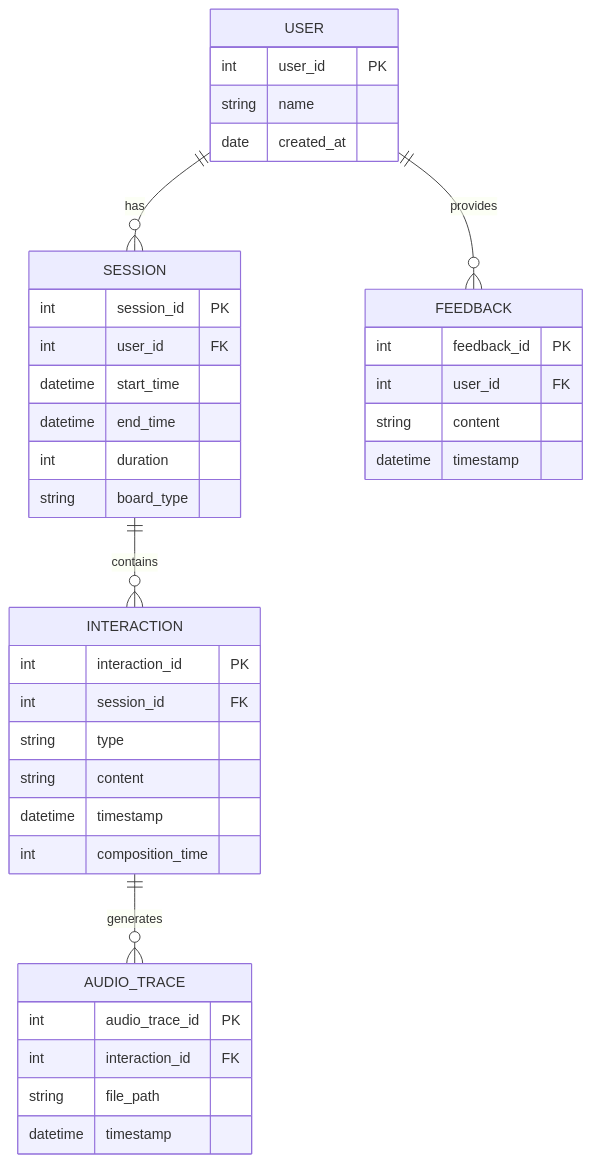
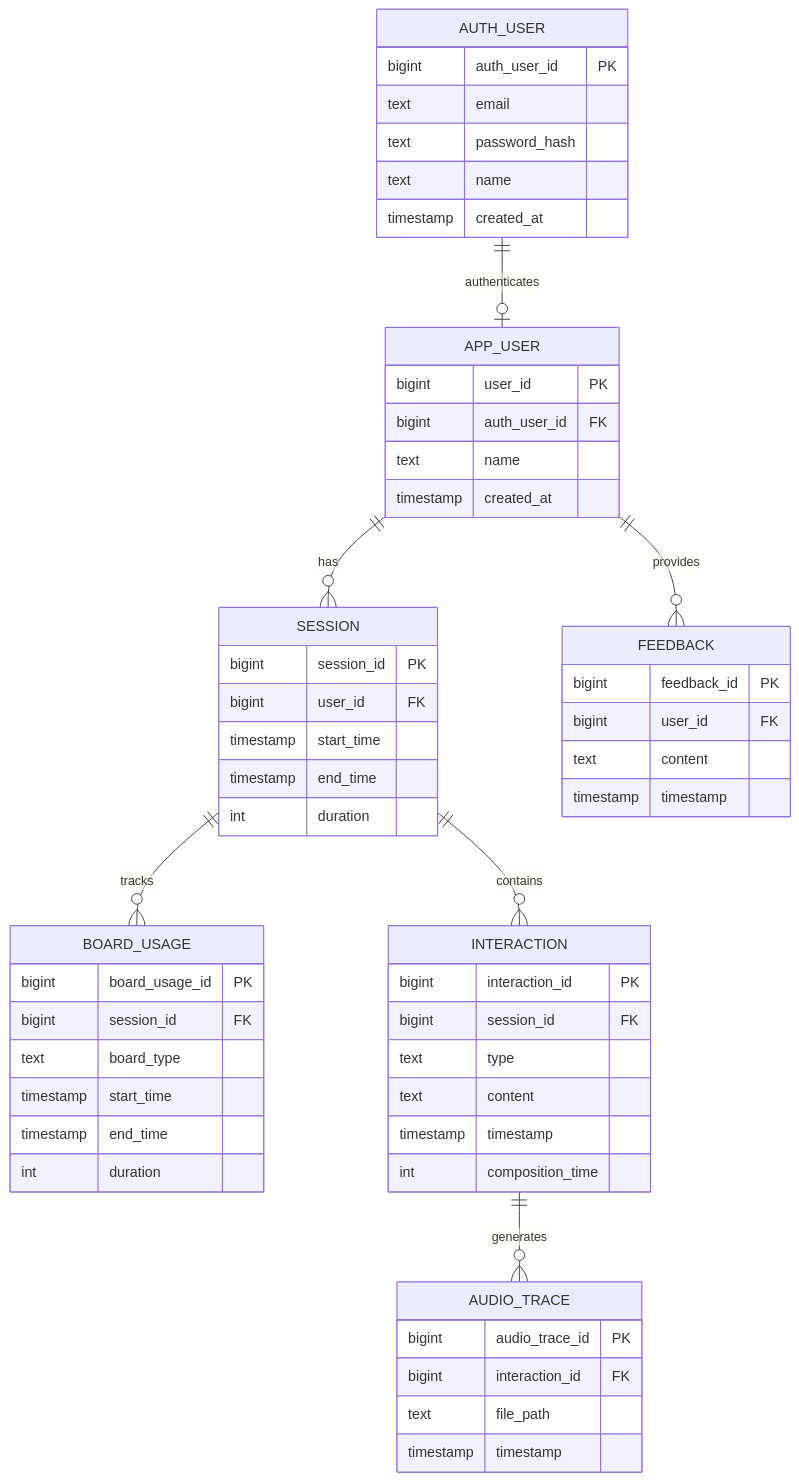
The diagram in reference/supabase/data-model.md (rgb-prithvi/ai-letterboard), drawn with Mermaid before and after one commit. The commit also changed other lines of this file, not shown here.

````diff
--- a/reference/supabase/data-model.md
+++ b/reference/supabase/data-model.md
@@ -9,41 +9,58 @@
 ```mermaid
 erDiagram
-    USER {
-        int user_id PK
-        string name
-        date created_at
+    AUTH_USER {
+        bigint auth_user_id PK
+        text email
+        text password_hash
+        text name
+        timestamp created_at
+    }
+    APP_USER {
+        bigint user_id PK
+        bigint auth_user_id FK
+        text name
+        timestamp created_at
     }
     SESSION {
-        int session_id PK
-        int user_id FK
-        datetime start_time
-        datetime end_time
+        bigint session_id PK
+        bigint user_id FK
+        timestamp start_time
+        timestamp end_time
         int duration
-        string board_type
+    }
+    BOARD_USAGE {
+        bigint board_usage_id PK
+        bigint session_id FK
+        text board_type
+        timestamp start_time
+        timestamp end_time
+        int duration
     }
     INTERACTION {
-        int interaction_id PK
-        int session_id FK
-        string type
-        string content
-        datetime timestamp
+        bigint interaction_id PK
+        bigint session_id FK
+        text type
+        text content
+        timestamp timestamp
         int composition_time
     }
     AUDIO_TRACE {
-        int audio_trace_id PK
-        int interaction_id FK
-        string file_path
-        datetime timestamp
+        bigint audio_trace_id PK
+        bigint interaction_id FK
+        text file_path
+        timestamp timestamp
     }
     FEEDBACK {
-        int feedback_id PK
-        int user_id FK
-        string content
-        datetime timestamp
+        bigint feedback_id PK
+        bigint user_id FK
+        text content
+        timestamp timestamp
     }
 
-    USER ||--o{ SESSION : has
+    AUTH_USER ||--o| APP_USER : authenticates
+    APP_USER ||--o{ SESSION : has
+    SESSION ||--o{ BOARD_USAGE : tracks
     SESSION ||--o{ INTERACTION : contains
     INTERACTION ||--o{ AUDIO_TRACE : generates
-    USER ||--o{ FEEDBACK : provides
+    APP_USER ||--o{ FEEDBACK : provides
 ```
````
